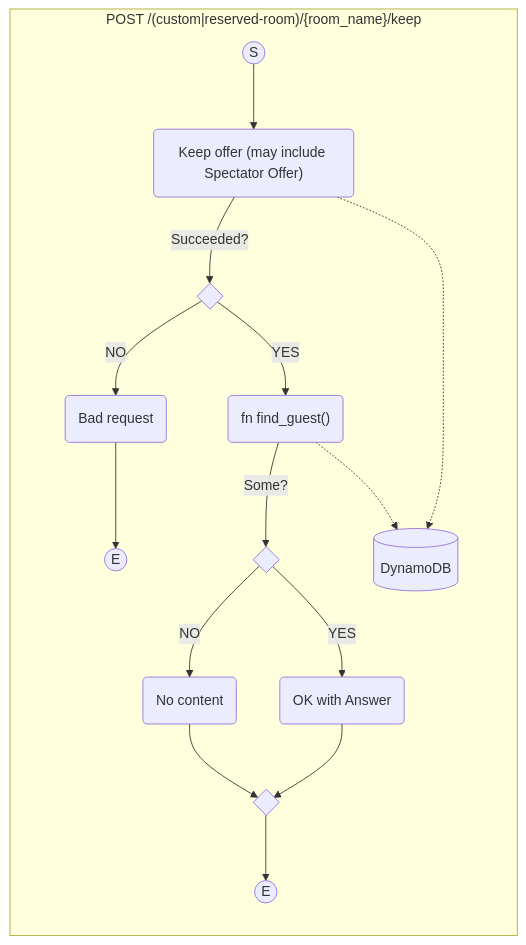
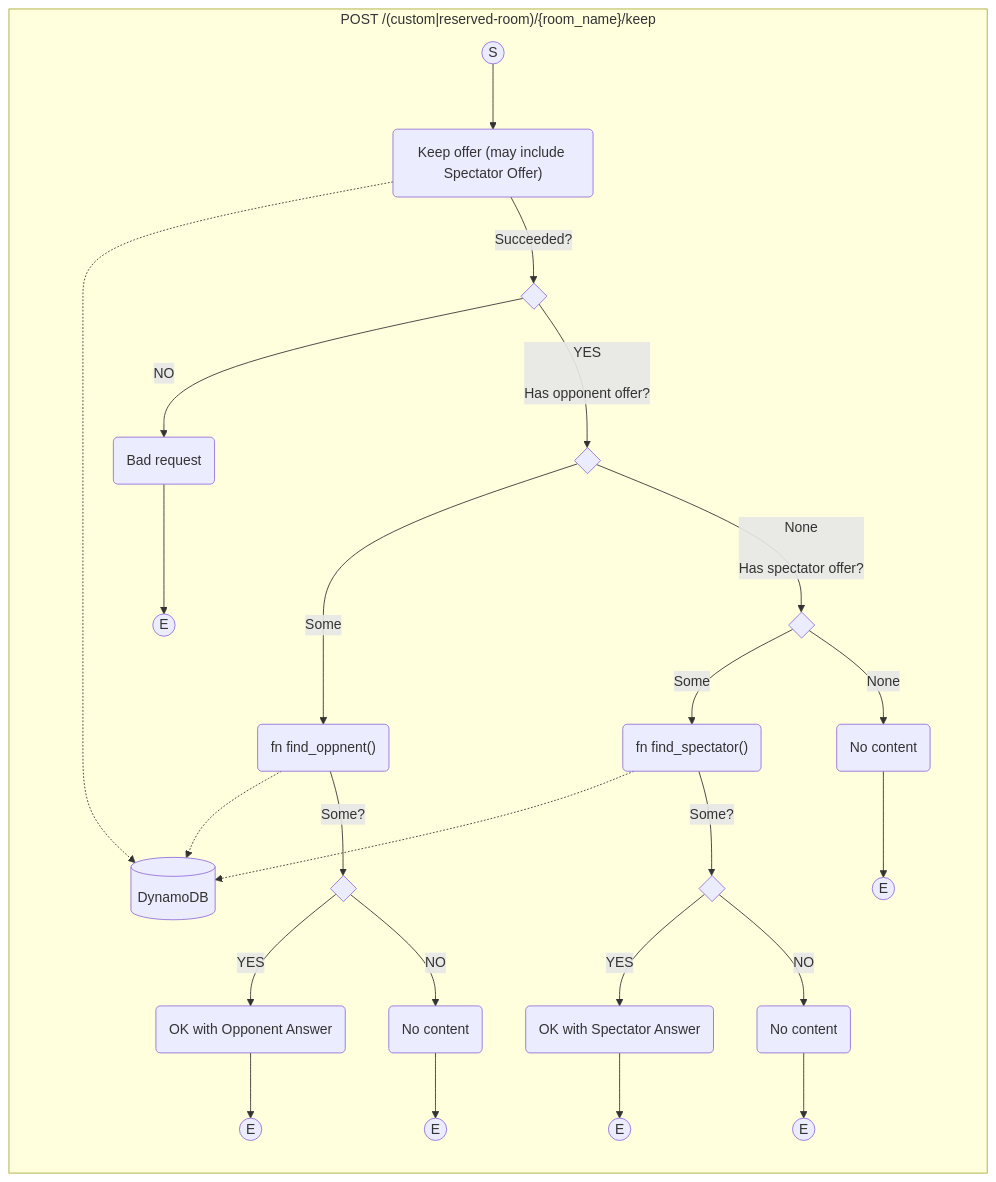
One commit to progre/junowen changed the third of 8 diagrams in junowen-server/docs/activity-diagrams.md. Above: the diagram before and after it, drawn with Mermaid. The commit also changed other lines of this file and 15 other files, not shown here.

````diff
--- a/junowen-server/docs/activity-diagrams.md
+++ b/junowen-server/docs/activity-diagrams.md
@@ -86,23 +86,38 @@
 ```mermaid
 flowchart TB
   DB[(DynamoDB)]
 
   subgraph 3000 ["POST /(custom|reserved-room)/{room_name}/keep"]
     direction TB
     3001((S))
     3001 --> 3010("Keep offer (may include Spectator Offer)")
     3010 -.-> DB
     3010 -- Succeeded? --> 3020{ }
       3020 -- NO --> 3030(Bad request)
       3030 --> 3031((E))
-    3020 -- YES --> 3065("fn find_guest()")
-    3065 -.-> DB
-    3065 -- Some? --> 3070{ }
-      3070 -- YES --> 3110(OK with Answer)
-      3110 --> 3998{ }
+    3020 -- YES<br><br>Has opponent offer? --> 3040{ }
+      3040 -- Some --> 3065("fn find_oppnent()")
+      3065 -.-> DB
+      3065 -- Some? --> 3070{ }
+        3070 -- YES --> 3090(OK with Opponent Answer)
+        3090 --> 3999((E))
+        %% return
+      %% else
+        3070 -- NO --> 3080(No content)
+        3080 --> 3089((E))
+        %% return
     %% else
-      3070 -- NO --> 3080(No content)
-      3080 --> 3998
-    3998 --> 3999((E))
+      3040 -- None<br><br>Has spectator offer? --> 3097{ }
+      3097 -- Some --> 3100("fn find_spectator()")
+      3100 -.-> DB
+      3100 -- Some? --> 3170{ }
+        3170 -- YES --> 3110(OK with Spectator Answer)
+        3110 --> 3119((E))
+      %% else
+        3170 -- NO --> 3180(No content)
+        3180 --> 3189((E))
+    %% else
+      3097 -- None --> 3280(No content)
+    3280 --> 3289((E))
   end
 ```
````
